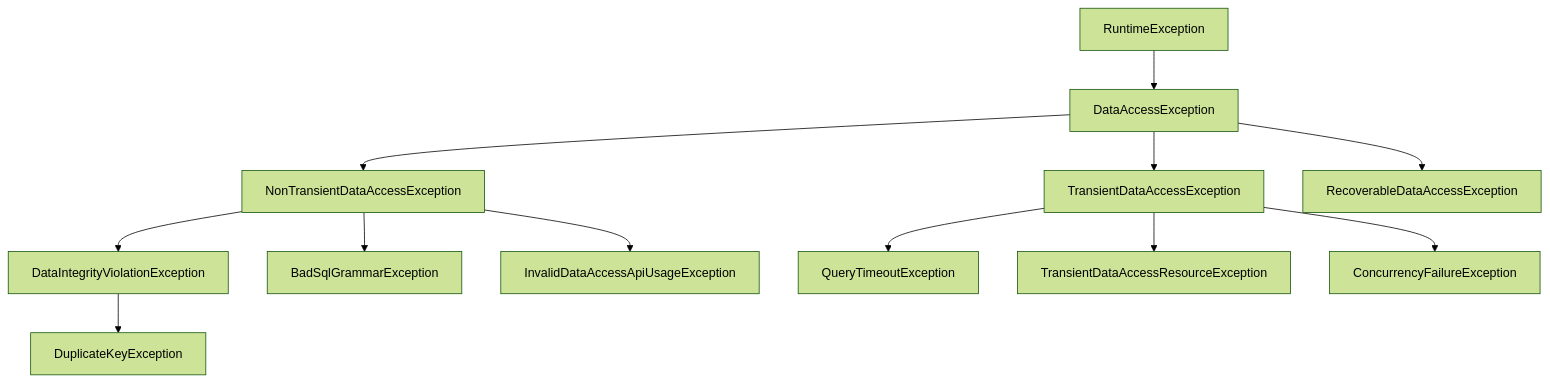
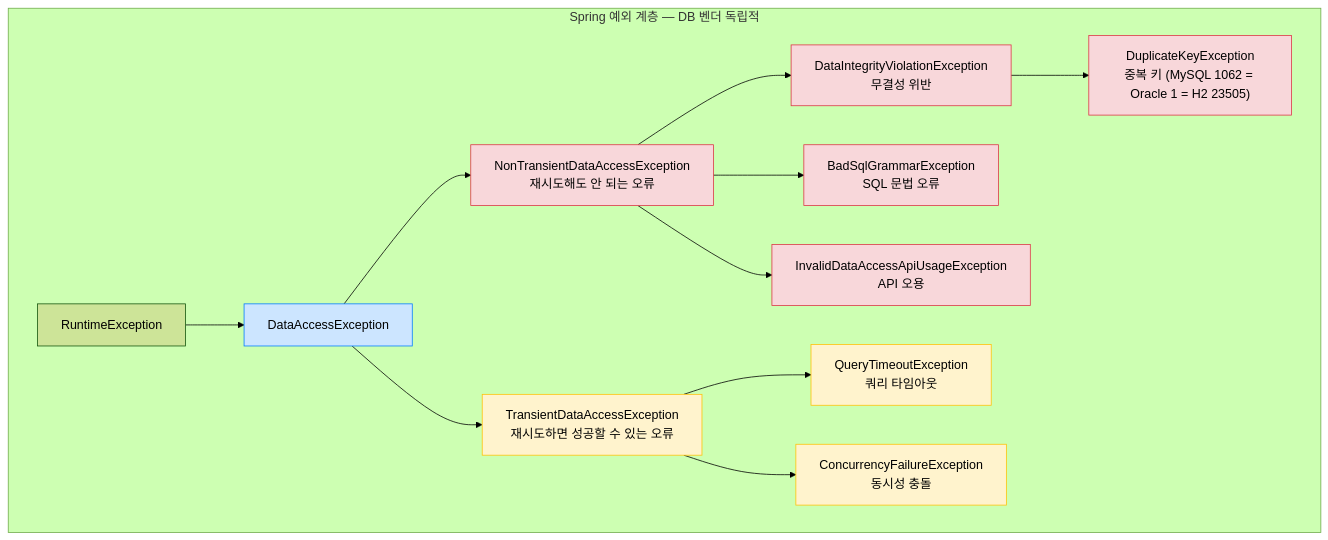
One commit to yjkim2015/yjkim2015.github.io changed the ninth of 11 diagrams in _posts/spring/2026-05-02-spring-db-1.md. Above: the diagram before and after it, drawn with Mermaid (forest theme). The commit also changed other lines of this file and 32 other files, not shown here.

````diff
--- a/_posts/spring/2026-05-02-spring-db-1.md
+++ b/_posts/spring/2026-05-02-spring-db-1.md
@@ -553,17 +625,24 @@
 ```mermaid
 graph TD
-    A[RuntimeException] --> B[DataAccessException]
-    B --> C[NonTransientDataAccessException]
-    B --> D[TransientDataAccessException]
-    B --> E[RecoverableDataAccessException]
+    subgraph "Spring 예외 계층 — DB 벤더 독립적"
+        A["RuntimeException"] --> B["DataAccessException"]
+        B --> C["NonTransientDataAccessException\n재시도해도 안 되는 오류"]
+        B --> D["TransientDataAccessException\n재시도하면 성공할 수 있는 오류"]
 
-    C --> F[DataIntegrityViolationException]
-    C --> G[BadSqlGrammarException]
-    C --> H[InvalidDataAccessApiUsageException]
+        C --> E["DataIntegrityViolationException\n무결성 위반"]
+        C --> F["BadSqlGrammarException\nSQL 문법 오류"]
+        C --> G["InvalidDataAccessApiUsageException\nAPI 오용"]
 
-    D --> I[QueryTimeoutException]
-    D --> J[TransientDataAccessResourceException]
-    D --> K[ConcurrencyFailureException]
+        D --> H["QueryTimeoutException\n쿼리 타임아웃"]
+        D --> I["ConcurrencyFailureException\n동시성 충돌"]
 
-    F --> L[DuplicateKeyException]
+        E --> J["DuplicateKeyException\n중복 키 (MySQL 1062 = Oracle 1 = H2 23505)"]
+    end
+
+    classDef error fill:#f8d7da,stroke:#dc3545
+    classDef warn fill:#fff3cd,stroke:#ffc107
+    classDef info fill:#cce5ff,stroke:#007bff
+    class C,E,F,G,J error
+    class D,H,I warn
+    class B info
 ```
````
